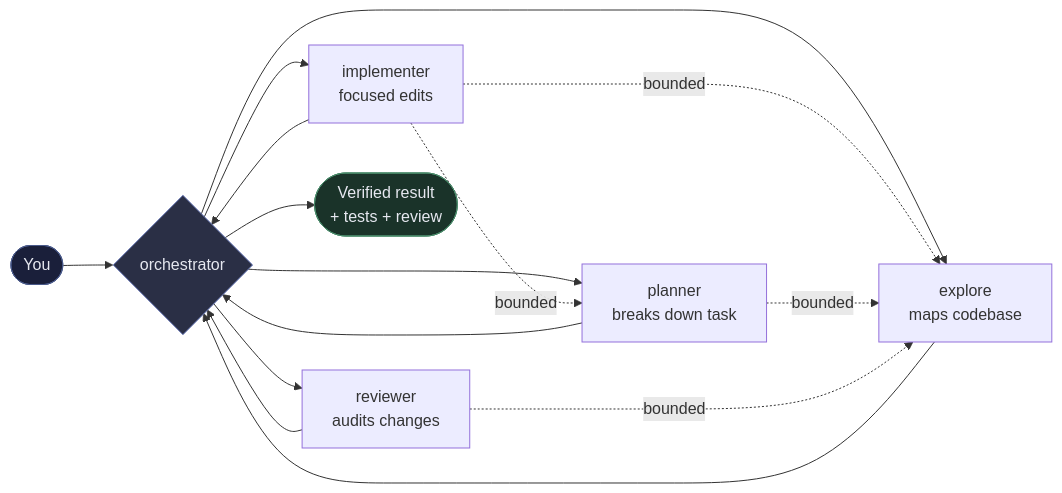
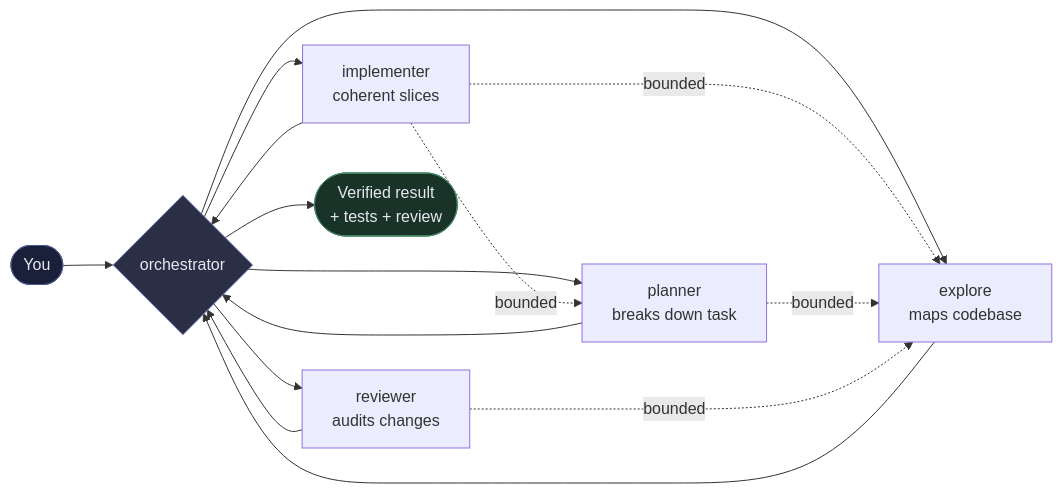
The diagram in README.md (cldmnky/opencode-orchestrator), drawn with Mermaid before and after one commit. The commit also changed other lines of this file and 10 other files, not shown here.

Commit message:
feat: prefer coherent vertical slices

````diff
--- a/README.md
+++ b/README.md
@@ -162,21 +163,21 @@
 ```mermaid
 flowchart LR
     U([You]) --> O{orchestrator}
     O --> P[planner<br/>breaks down task]
     O --> E[explore<br/>maps codebase]
-    O --> I[implementer<br/>focused edits]
+    O --> I[implementer<br/>coherent slices]
     O --> R[reviewer<br/>audits changes]
     I -. bounded .-> P
     I -. bounded .-> E
     P -. bounded .-> E
     R -. bounded .-> E
     P --> O
     E --> O
     I --> O
     R --> O
     O --> U2([Verified result<br/>+ tests + review])
 
     style U fill:#1a1f3a,stroke:#4a5a8a,color:#e6e8f0
     style U2 fill:#1a3329,stroke:#4a8a6a,color:#e6e8f0
     style O fill:#2a2f45,stroke:#6a7abb,color:#e6e8f0
 ```
````
